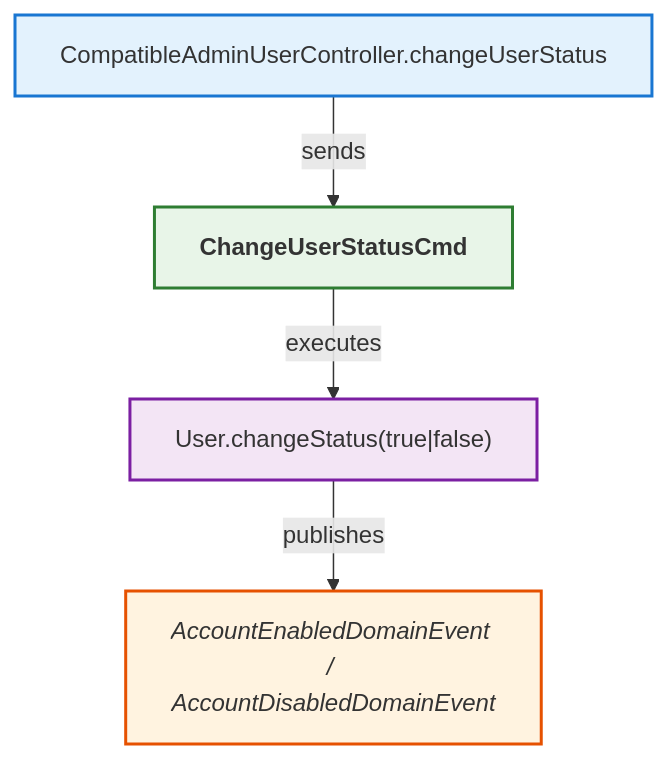
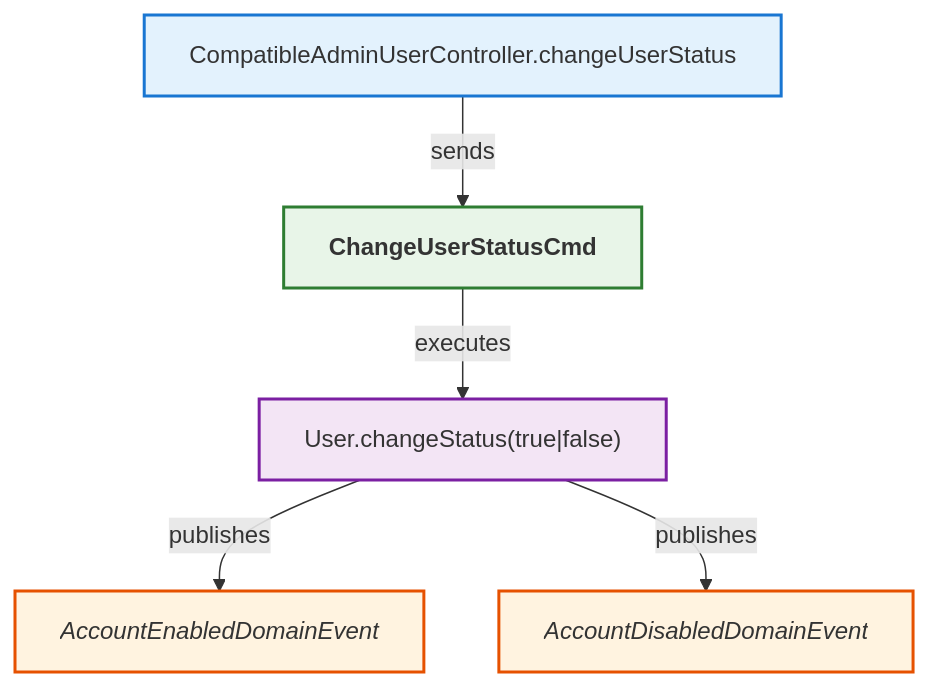
One commit to LDmoxeii/only-danmuku changed the diagram in analysis/CompatibleAdminUserController_changeStatus.mmd. Above: the diagram before and after it, drawn with Mermaid.

Commit message:
feat(user): 更新用户状态变更领域事件

```diff
--- a/analysis/CompatibleAdminUserController_changeStatus.mmd
+++ b/analysis/CompatibleAdminUserController_changeStatus.mmd
@@ -1,34 +1,37 @@
 flowchart TB
 
     N1["CompatibleAdminUserController.changeUserStatus"]
     class N1 controllermethod;
 
     C1["ChangeUserStatusCmd"]
     class C1 command;
     A1["User.changeStatus(true|false)"]
     class A1 entitymethod;
-    E1["AccountEnabledDomainEvent / AccountDisabledDomainEvent"]
+    E1["AccountEnabledDomainEvent"]
     class E1 domainevent;
+    E2["AccountDisabledDomainEvent"]
+    class E2 domainevent;
 
     %% Relationships
     N1 -->|sends| C1
     C1 -->|executes| A1
     A1 -->|publishes| E1
+    A1 -->|publishes| E2
 
     %% Styles
     classDef controller fill:#e3f2fd,stroke:#1565c0,stroke-width:2px,font-weight:bold;
     classDef controllermethod fill:#e3f2fd,stroke:#1976d2,stroke-width:2px;
     classDef endpoint fill:#e3f2fd,stroke:#42a5f5,stroke-width:2px;
     classDef commandsender fill:#e3f2fd,stroke:#1565c0,stroke-width:2px,font-style:italic;
     classDef commandsendermethod fill:#e3f2fd,stroke:#1976d2,stroke-width:2px,font-style:italic;
     classDef command fill:#e8f5e8,stroke:#2e7d32,stroke-width:2px,font-weight:bold;
     classDef commandhandler fill:#e8f5e8,stroke:#388e3c,stroke-width:2px,font-weight:bold;
     classDef aggregate fill:#fff8e1,stroke:#ff8f00,stroke-width:3px,font-weight:bold;
     classDef entitymethod fill:#f3e5f5,stroke:#7b1fa2,stroke-width:2px;
     classDef domainevent fill:#fff3e0,stroke:#e65100,stroke-width:2px,font-style:italic;
     classDef domaineventhandler fill:#fff3e0,stroke:#ef6c00,stroke-width:2px,font-weight:bold;
     classDef integrationevent fill:#fce4ec,stroke:#880e4f,stroke-width:2px;
     classDef integrationeventhandler fill:#fce4ec,stroke:#ad1457,stroke-width:2px,font-weight:bold;
     classDef integrationeventconverter fill:#e3f2fd,stroke:#0277bd,stroke-width:2px;
     classDef repo fill:#d6dbdf,stroke:#85929e,stroke-width:2px;
     classDef uow fill:#f2f4f4,stroke:#7f8c8d,stroke-width:2px;
```
